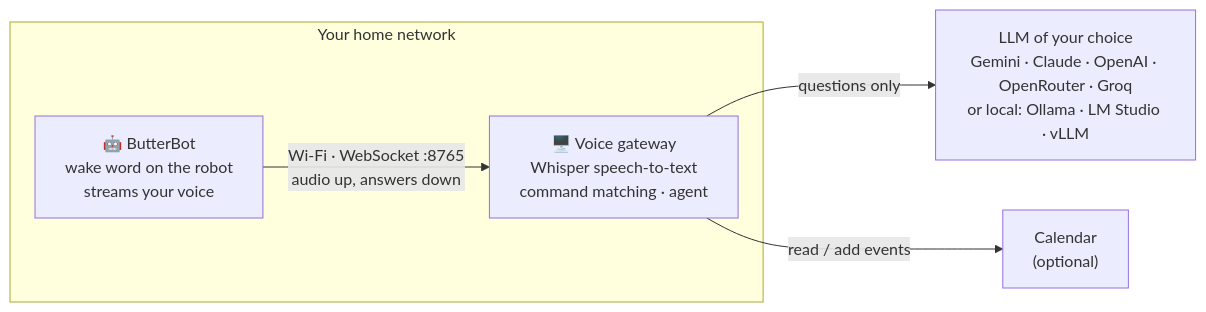
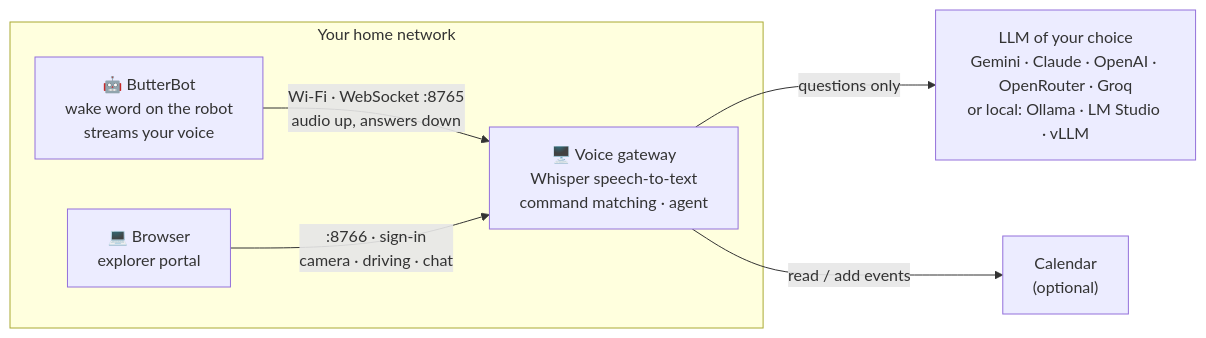
Before and after one commit to mutedmouse/BetterButterBot: the diagram in README.md, drawn with Mermaid. The commit also changed other lines of this file and 26 other files, not shown here.

````diff
--- a/README.md
+++ b/README.md
@@ -10,12 +12,14 @@
 ```mermaid
 flowchart LR
     subgraph home["Your home network"]
         robot["🤖 ButterBot<br/>wake word on the robot<br/>streams your voice"]
         gw["🖥️ Voice gateway<br/>Whisper speech-to-text<br/>command matching · agent"]
+        browser["💻 Browser<br/>explorer portal"]
     end
     llm["LLM of your choice<br/>Gemini · Claude · OpenAI · OpenRouter · Groq<br/>or local: Ollama · LM Studio · vLLM"]
     cal["Calendar<br/>(optional)"]
     robot -- "Wi-Fi · WebSocket :8765<br/>audio up, answers down" --> gw
     gw -- "questions only" --> llm
     gw -- "read / add events" --> cal
+    browser -- ":8766 · sign-in<br/>camera · driving · chat" --> gw
 ```
````
